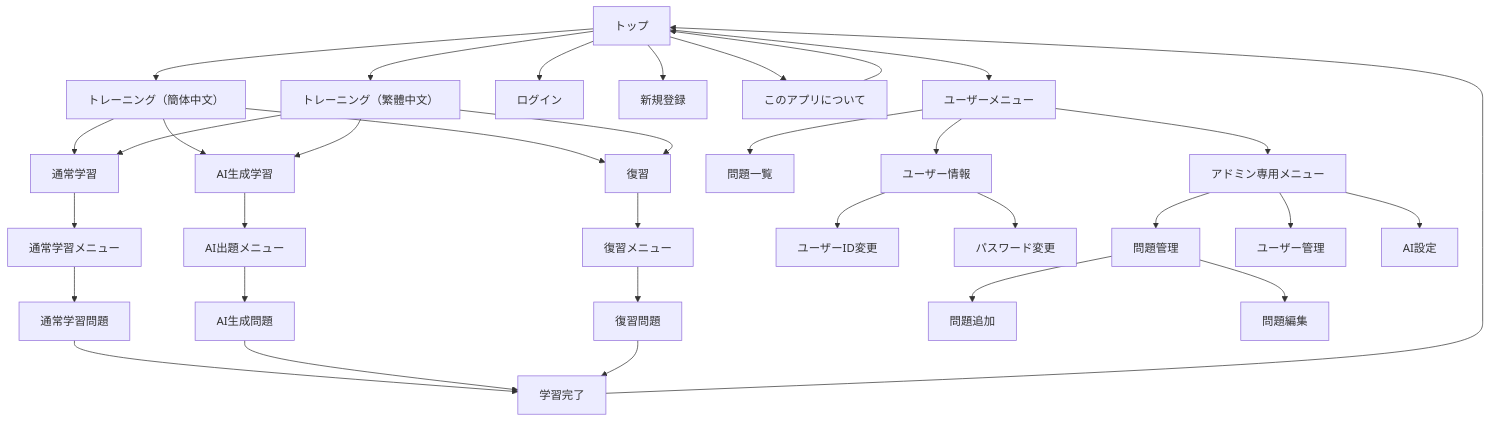
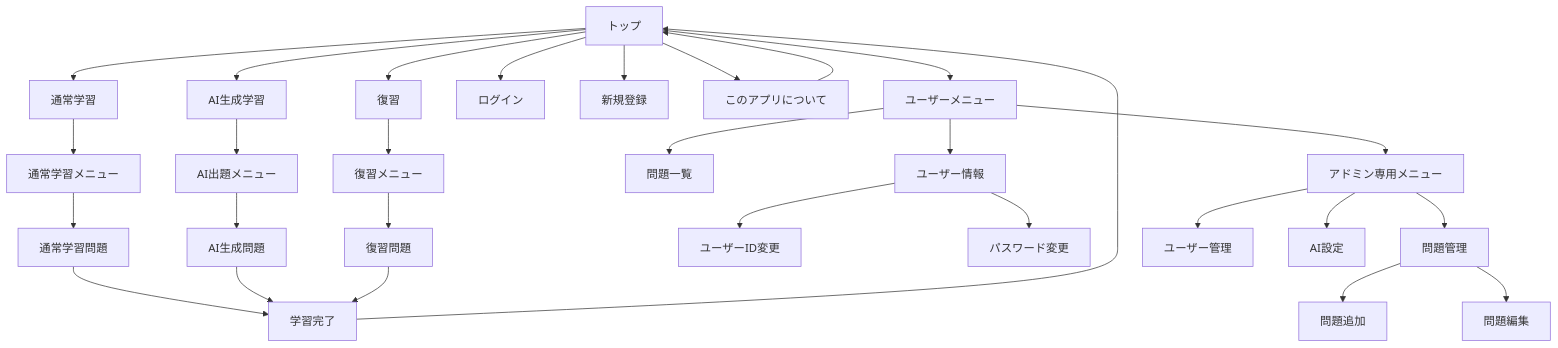
The second of 3 diagrams in docs/requirements/screen-transition.md (mawsonlakes790913/ChineseOutputTrainerApplication), drawn with Mermaid before and after one commit. The commit also changed other lines of this file and 5 other files, not shown here.

````diff
--- a/docs/requirements/screen-transition.md
+++ b/docs/requirements/screen-transition.md
@@ -317,49 +438,42 @@
 ```mermaid
 flowchart TD
 
 A["トップ"]
 
-A --> B["トレーニング（簡体中文）"]
-A --> C["トレーニング（繁體中文）"]
+A --> D["通常学習"]
+A --> E["AI生成学習"]
+A --> F["復習"]
 A --> L["ログイン"]
 A --> R["新規登録"]
 A --> T["このアプリについて"]
 A --> U["ユーザーメニュー"]
-
-B --> D["通常学習"]
-B --> E["AI生成学習"]
-B --> F["復習"]
-
-C --> D
-C --> E
-C --> F
 
 D --> D1["通常学習メニュー"]
 D1 --> D2["通常学習問題"]
 D2 --> Z["学習完了"]
 
 E --> E1["AI出題メニュー"]
 E1 --> E2["AI生成問題"]
 E2 --> Z
 
 F --> F1["復習メニュー"]
 F1 --> F2["復習問題"]
 F2 --> Z
 
 U --> U1["問題一覧"]
 U --> U2["ユーザー情報"]
 U --> M["アドミン専用メニュー"]
 
 U2 --> U3["ユーザーID変更"]
 U2 --> U4["パスワード変更"]
 
 M --> M1["問題管理"]
 M --> M2["ユーザー管理"]
 M --> M3["AI設定"]
 
 M1 --> M11["問題追加"]
 M1 --> M12["問題編集"]
 
 Z --> A
 T --> A
 ```
````
